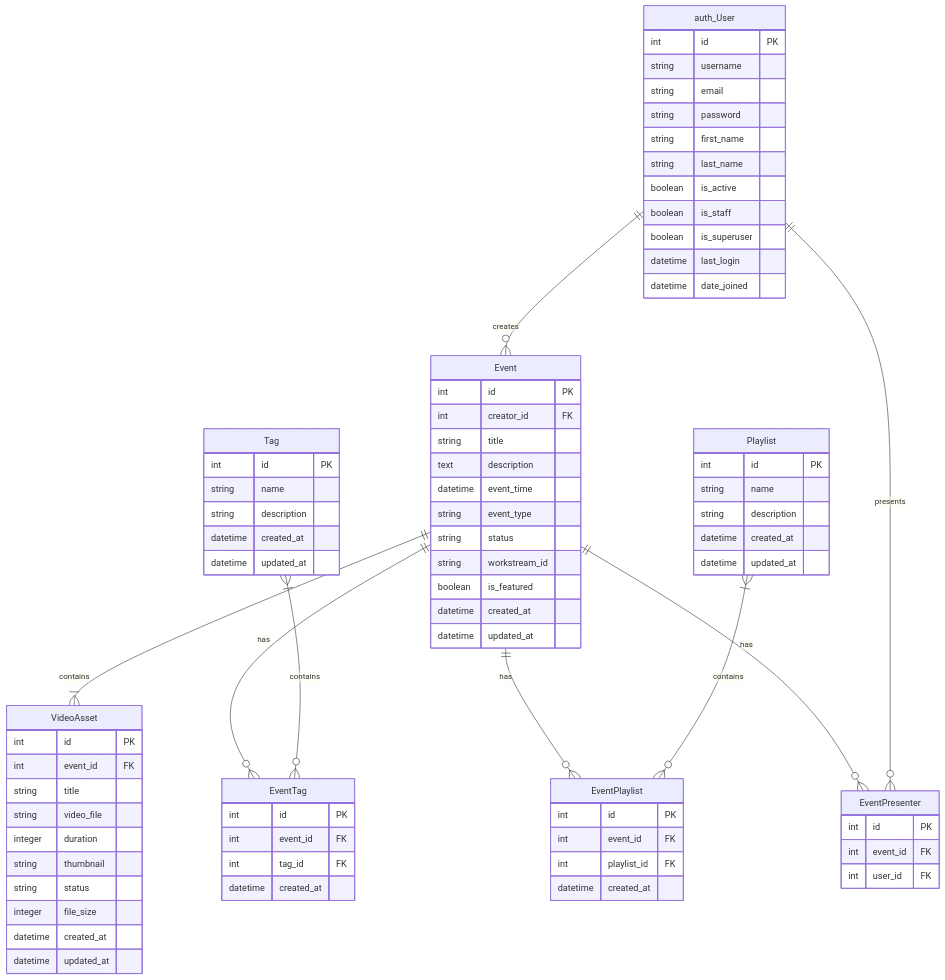
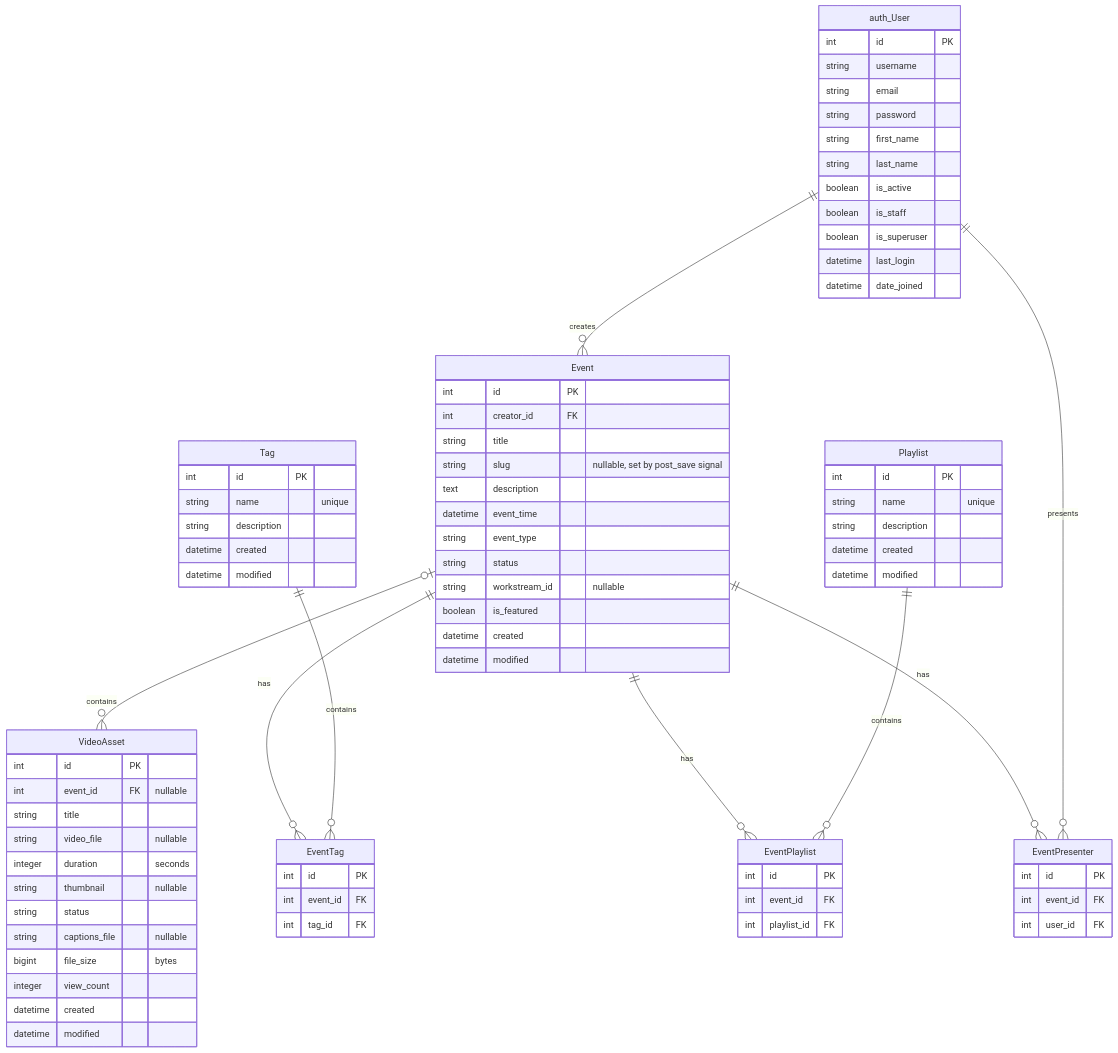
The diagram in DATABASE_DESIGN.md (arbisoft/session-portal-backend), drawn with Mermaid before and after one commit. The commit also changed other lines of this file and 1 other file, not shown here.

Commit message:
docs: bring README and DATABASE_DESIGN in line with the code
- README: add prerequisites (ffmpeg, Redis and Celery), an environment
  variable table, test and lint commands, Docker notes, and sections on API
  docs, the Django admin, management commands and CI
- DATABASE_DESIGN: correct field names and nullability, add slug,
  captions_file and view_count, show Event to VideoAsset as optional, and
  add notes on the join tables and constraints

```diff
--- a/DATABASE_DESIGN.md
+++ b/DATABASE_DESIGN.md
@@ -2,11 +2,11 @@
 
 erDiagram
     auth_User ||--o{ Event : creates
-    Event ||--|{ VideoAsset : contains
+    Event |o--o{ VideoAsset : contains
     Event ||--o{ EventTag : has
-    Tag }|--o{ EventTag : contains
+    Tag ||--o{ EventTag : contains
     Event ||--o{ EventPlaylist : has
-    Playlist }|--o{ EventPlaylist : contains
+    Playlist ||--o{ EventPlaylist : contains
     Event ||--o{ EventPresenter : has
     auth_User ||--o{ EventPresenter : presents
 
@@ -33,57 +33,58 @@
         int id PK
         int creator_id FK
         string title
+        string slug "nullable, set by post_save signal"
         text description
         datetime event_time
         string event_type
         string status
-        string workstream_id
+        string workstream_id "nullable"
         boolean is_featured
-        datetime created_at
-        datetime updated_at
+        datetime created
+        datetime modified
     }
 
     VideoAsset {
         int id PK
-        int event_id FK
+        int event_id FK "nullable"
         string title
-        string video_file
-        integer duration
-        string thumbnail
+        string video_file "nullable"
+        integer duration "seconds"
+        string thumbnail "nullable"
         string status
-        integer file_size
-        datetime created_at
-        datetime updated_at
+        string captions_file "nullable"
+        bigint file_size "bytes"
+        integer view_count
+        datetime created
+        datetime modified
     }
 
     Tag {
         int id PK
-        string name
+        string name "unique"
         string description
-        datetime created_at
-        datetime updated_at
+        datetime created
+        datetime modified
     }
 
     EventTag {
         int id PK
         int event_id FK
         int tag_id FK
-        datetime created_at
     }
 
     Playlist {
         int id PK
-        string name
+        string name "unique"
         string description
-        datetime created_at
-        datetime updated_at
+        datetime created
+        datetime modified
     }
 
     EventPlaylist {
         int id PK
         int event_id FK
         int playlist_id FK
-        datetime created_at
     }
 
     EventPresenter {
```
